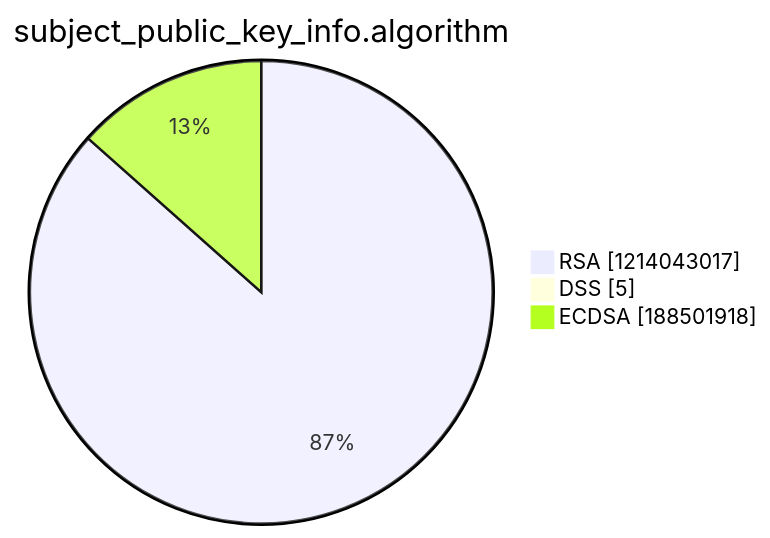
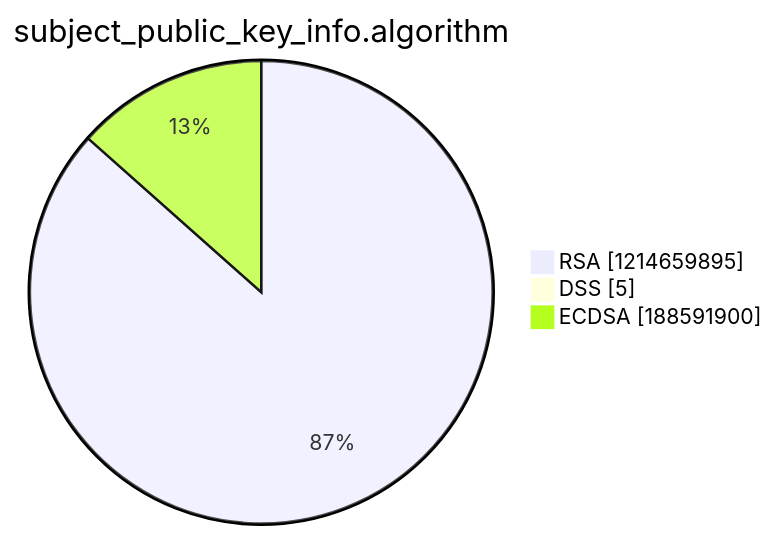
The third of 15 diagrams in argon2022/README.md (christiankrug/ctmonitor_visualization), drawn with Mermaid before and after one commit. The commit also changed other lines of this file, not shown here.

````diff
--- a/argon2022/README.md
+++ b/argon2022/README.md
@@ -14,7 +14,7 @@
 ```mermaid
 pie showData
 title subject_public_key_info.algorithm
-"RSA" :1214043017
+"RSA" :1214659895
 "DSS" :5
-"ECDSA" :188501918
+"ECDSA" :188591900
 ```
````
